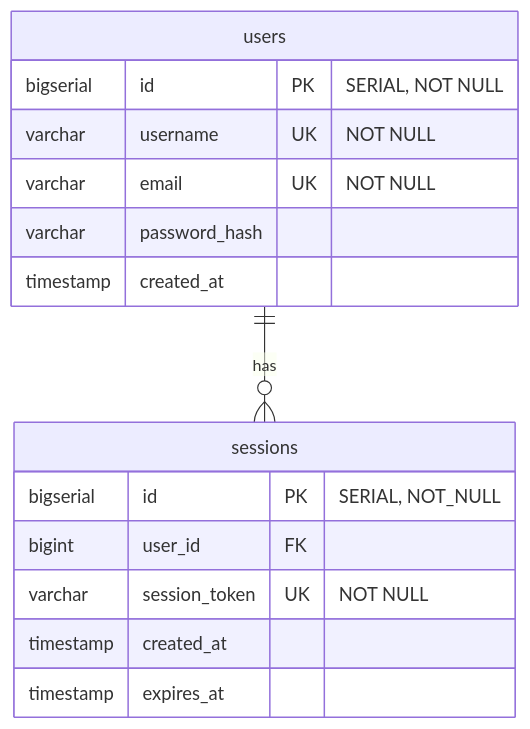
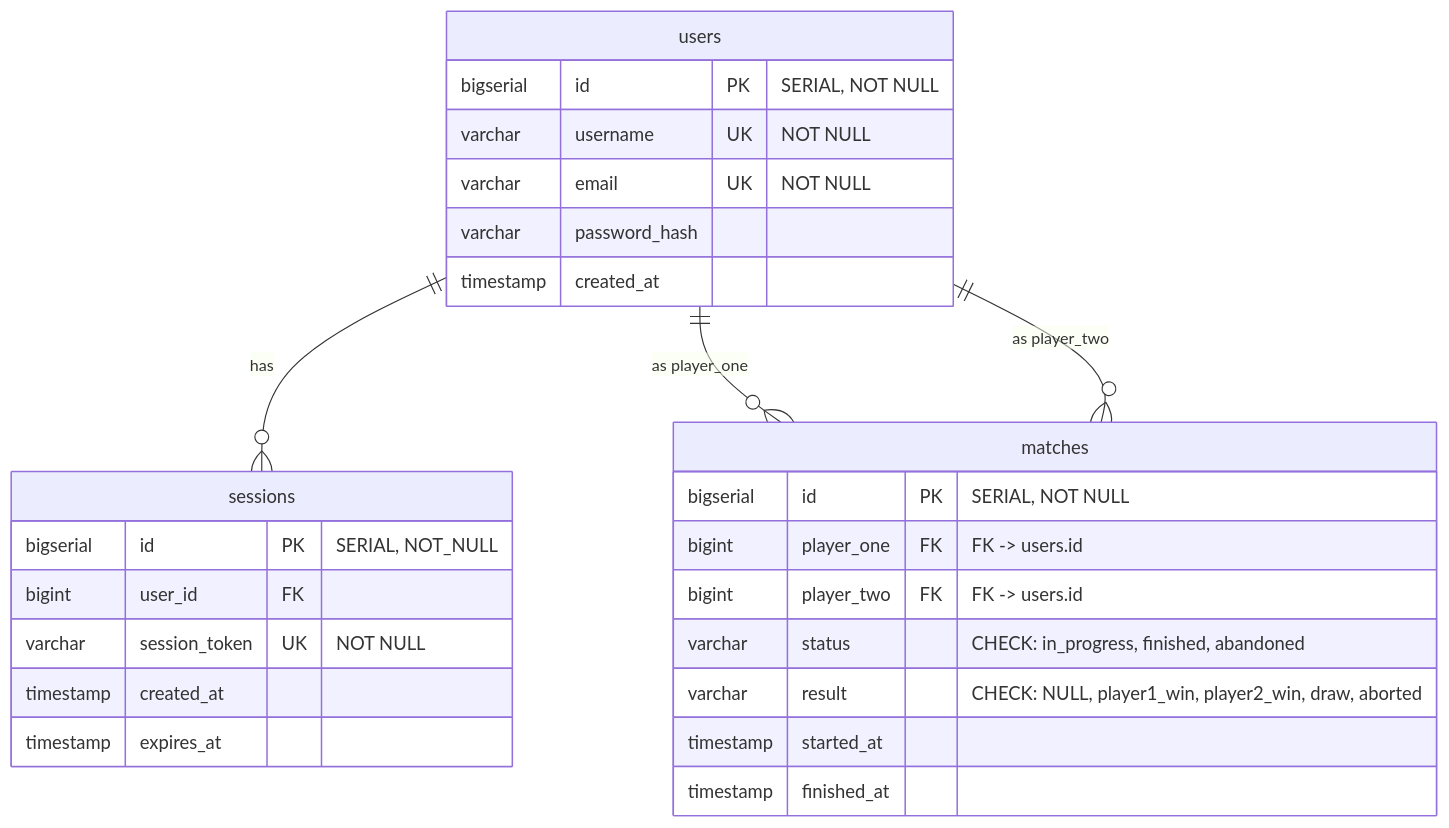
The diagram in README.md (mist-interactive/backend), drawn with Mermaid before and after one commit. The commit also changed other lines of this file, not shown here.

````diff
--- a/README.md
+++ b/README.md
@@ -46,18 +47,29 @@
 ```mermaid
 erDiagram
     users {
         bigserial id PK "SERIAL, NOT NULL"
         varchar username UK "NOT NULL"
         varchar email UK "NOT NULL"
         varchar password_hash
         timestamp created_at
     }
     sessions {
       bigserial id PK "SERIAL, NOT_NULL"
       bigint user_id FK
       varchar session_token UK "NOT NULL"
       timestamp created_at
       timestamp expires_at
     }
     users ||--o{ sessions : "has"
+    matches {
+      bigserial id PK "SERIAL, NOT NULL"
+      bigint player_one FK "FK -> users.id"
+      bigint player_two FK "FK -> users.id"
+      varchar status "CHECK: in_progress, finished, abandoned"
+      varchar result "CHECK: NULL, player1_win, player2_win, draw, aborted"
+      timestamp started_at
+      timestamp finished_at
+    }
+    users ||--o{ matches : "as player_one"
+    users ||--o{ matches : "as player_two"
 ```
````
